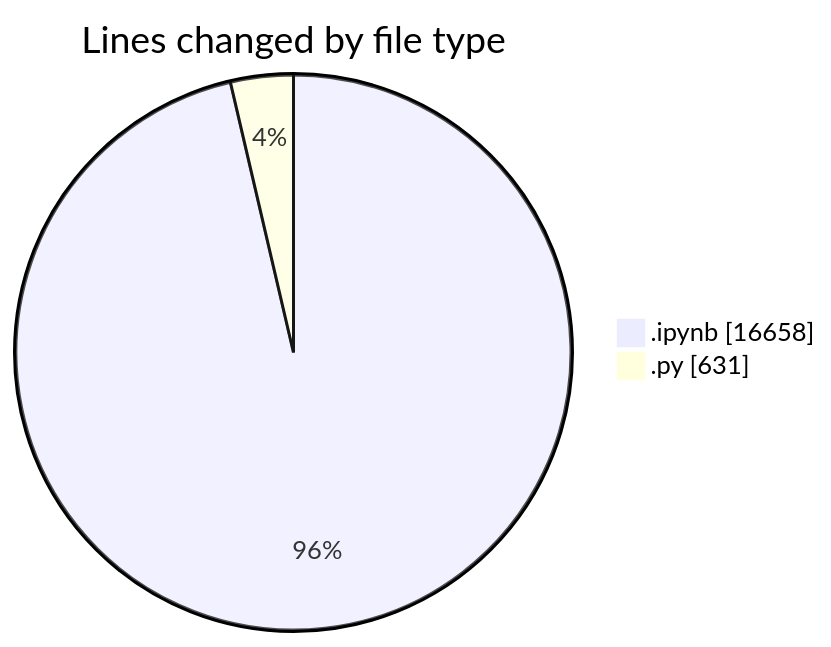
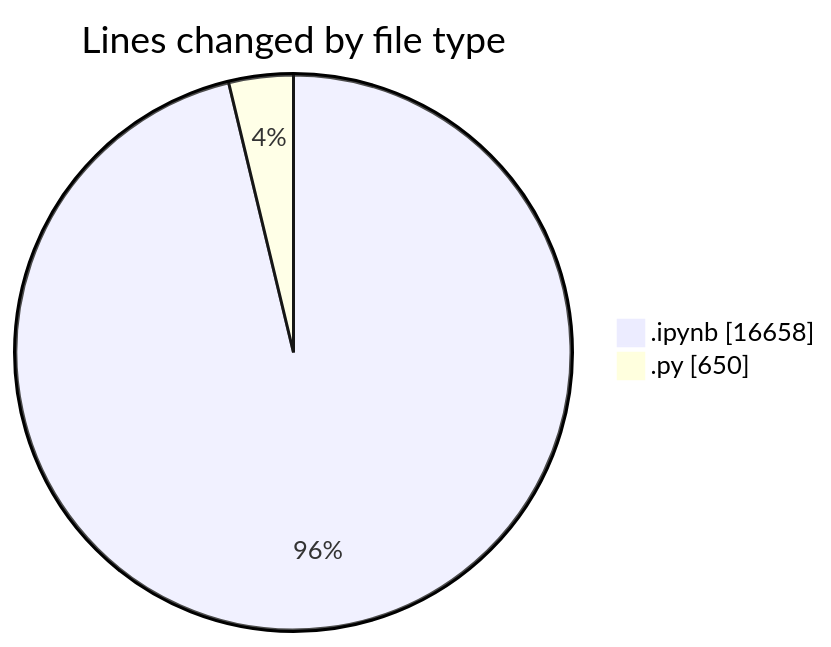
One commit to MatusMokan/code-tracking changed the first of 2 diagrams in 2025-03-20/myws__workspace_/README.md. Above: the diagram before and after it, drawn with Mermaid. The commit also changed other lines of this file and 1 other file, not shown here.

````diff
--- a/2025-03-20/myws__workspace_/README.md
+++ b/2025-03-20/myws__workspace_/README.md
@@ -21,6 +21,6 @@
 ```mermaid
 pie showData
 title Lines changed by file type
 ".ipynb" : 16658
-".py" : 631
+".py" : 650
 ```
````
